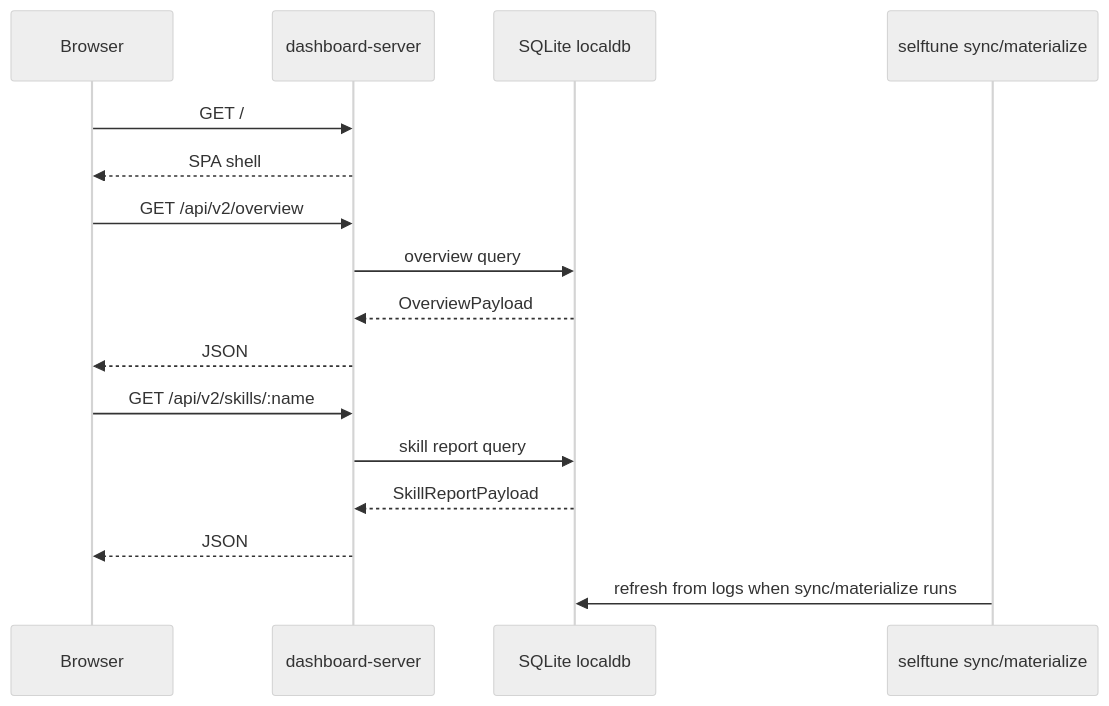
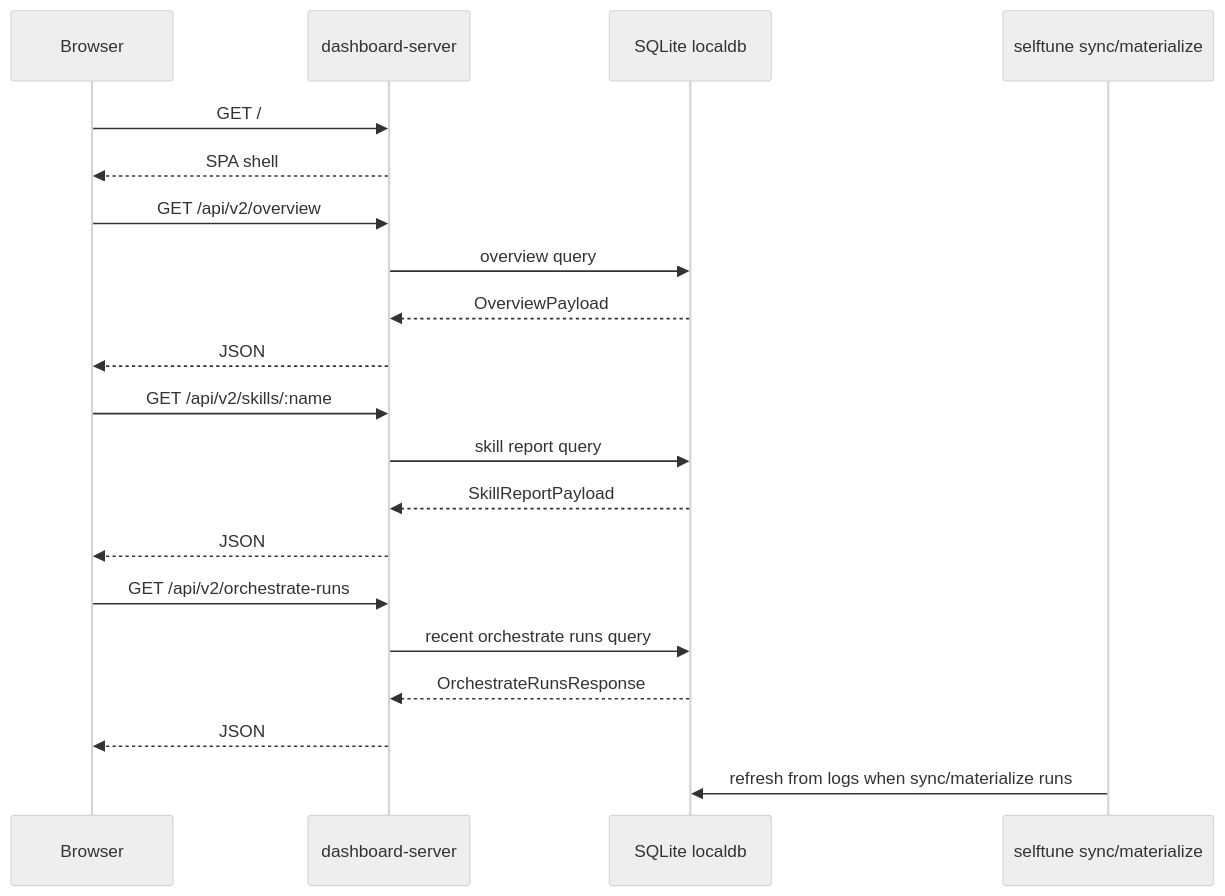
One commit to selftune-dev/selftune changed the fourth of 4 diagrams in docs/design-docs/system-overview.md. Above: the diagram before and after it, drawn with Mermaid (neutral theme). The commit also changed other lines of this file and 7 other files, not shown here.

````diff
--- a/docs/design-docs/system-overview.md
+++ b/docs/design-docs/system-overview.md
@@ -98,19 +98,23 @@
 ```mermaid
 sequenceDiagram
   participant Browser
   participant Server as dashboard-server
   participant DB as SQLite localdb
   participant Materializer as selftune sync/materialize
 
   Browser->>Server: GET /
   Server-->>Browser: SPA shell
   Browser->>Server: GET /api/v2/overview
   Server->>DB: overview query
   DB-->>Server: OverviewPayload
   Server-->>Browser: JSON
   Browser->>Server: GET /api/v2/skills/:name
   Server->>DB: skill report query
   DB-->>Server: SkillReportPayload
   Server-->>Browser: JSON
+  Browser->>Server: GET /api/v2/orchestrate-runs
+  Server->>DB: recent orchestrate runs query
+  DB-->>Server: OrchestrateRunsResponse
+  Server-->>Browser: JSON
   Materializer->>DB: refresh from logs when sync/materialize runs
 ```
````
